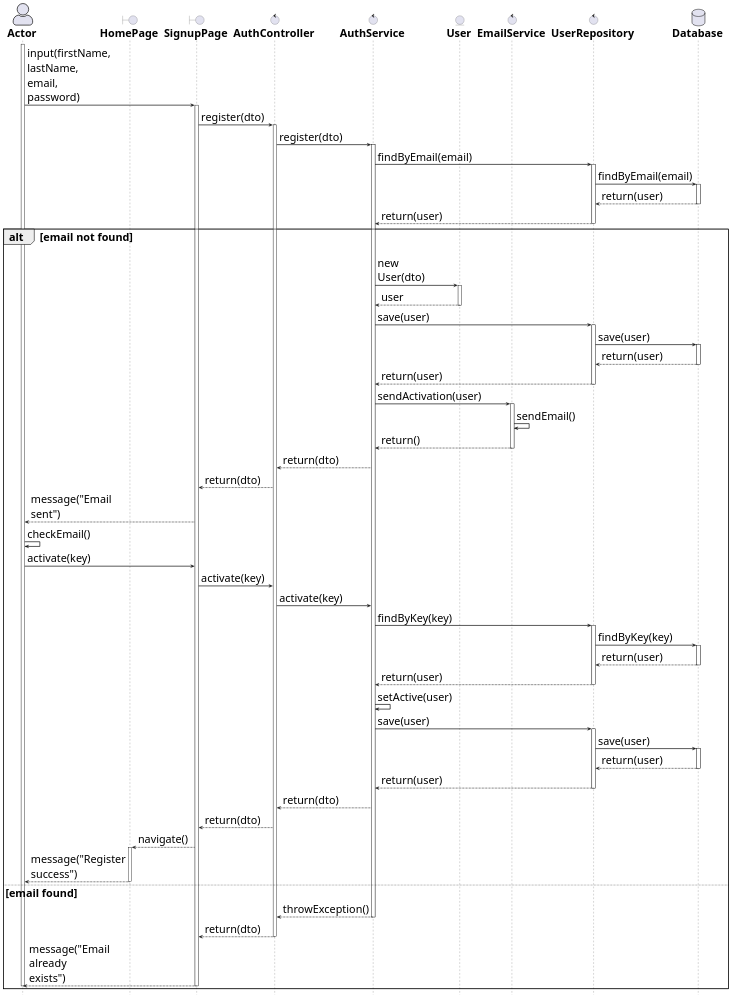
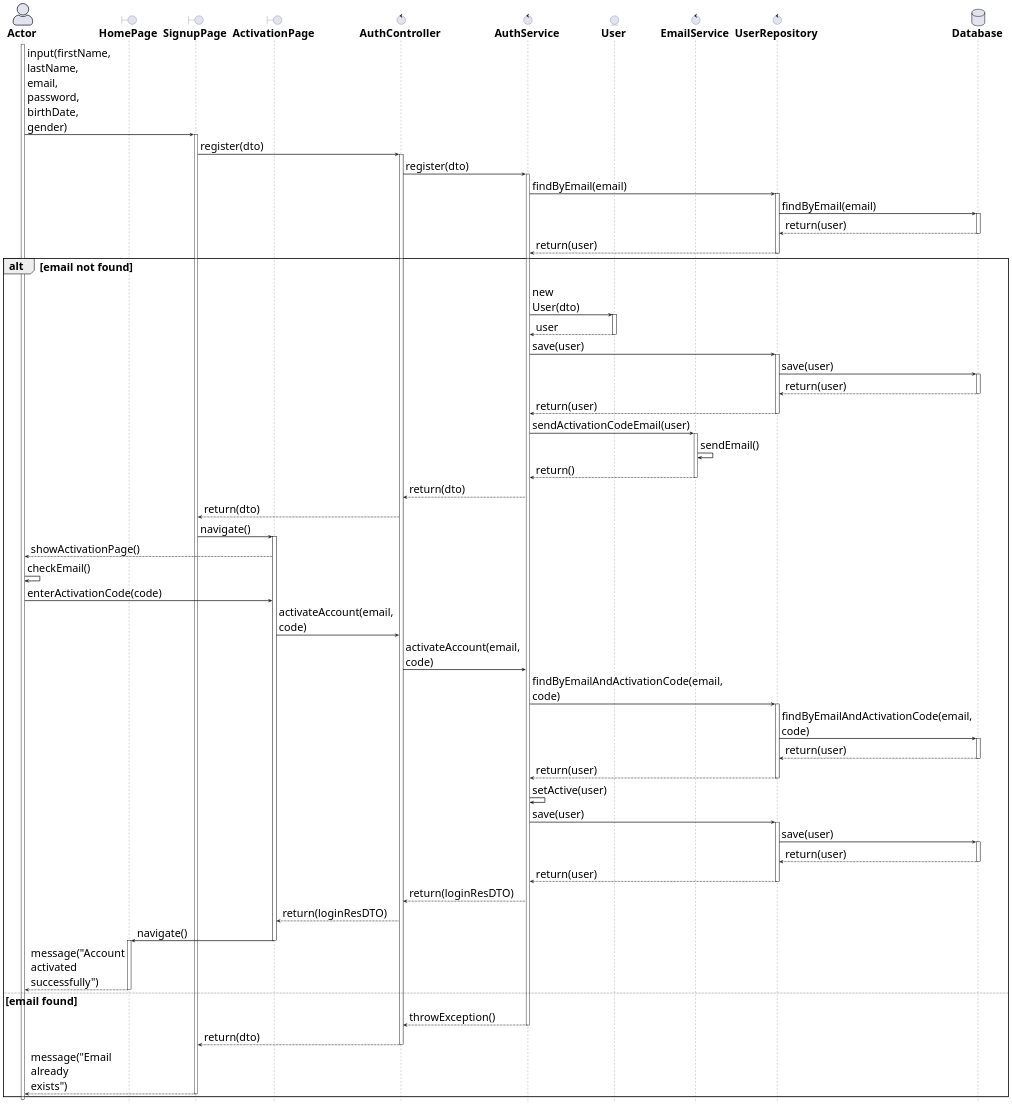
One commit to phuquy-28/clothing-store-spring changed the diagram in docs/sequence-diagram/register.pu. Above: the diagram before and after it, drawn with PlantUML. The commit also changed 1 other file, not shown here.

Commit message:
chore(auth): refactor password recovery and registration sequence diagrams; update flow to include verification code handling and activation code input

```diff
--- a/docs/sequence-diagram/register.pu
+++ b/docs/sequence-diagram/register.pu
@@ -1,126 +1,131 @@
-@startuml
+@startuml register
 
 ' General configuration
 skinparam defaultFontSize 30
 skinparam maxMessageSize 10
 
 ' Actor style configuration
 skinparam actorStyle awesome
 
 ' Arrow and border thickness configuration
 skinparam {
     ArrowThickness 2
     ParticipantBorderThickness 2
     ActorBorderThickness 2
     LifeLineBorderThickness 2
     ActivationBorderThickness 2
 }
 
 ' Life line color configuration
 skinparam LifeLineBorderColor black
 
 ' Font style configuration for components
 skinparam {
     actorFontStyle bold
     boundaryFontStyle bold
     controlFontStyle bold
     entityFontStyle bold
     databaseFontStyle bold
 }
 
 ' Define components
 actor "Actor" as actor
 boundary "HomePage" as homePage
 boundary "SignupPage" as signupPage
+boundary "ActivationPage" as activationPage
 control "AuthController" as controller
 control "AuthService" as service
 entity "User" as user
 control "EmailService" as emailService
 control "UserRepository" as repo
 database "Database" as db
 
 ' Start processing flow
 activate actor
-actor -> signupPage: input(firstName, lastName, email, password)
+actor -> signupPage: input(firstName, lastName, email, password, birthDate, gender)
 activate signupPage
-
 signupPage -> controller: register(dto)
 activate controller
 
 controller -> service: register(dto)
 activate service
 
 service -> repo: findByEmail(email)
 activate repo
 repo -> db: findByEmail(email)
 activate db
 db --> repo: return(user)
 deactivate db
 repo --> service: return(user)
 deactivate repo
 
 alt email not found
     service -> user: new User(dto)
     activate user
     user --> service: user
     deactivate user
-    
+
     service -> repo: save(user)
     activate repo
     repo -> db: save(user)
     activate db
     db --> repo: return(user)
     deactivate db
     repo --> service: return(user)
     deactivate repo
-    
-    service -> emailService: sendActivation(user)
+
+    service -> emailService: sendActivationCodeEmail(user)
     activate emailService
     emailService -> emailService: sendEmail()
     emailService --> service: return()
     deactivate emailService
-    
+
     service --> controller: return(dto)
     controller --> signupPage: return(dto)
-    signupPage --> actor: message("Email sent")
-    
+    signupPage -> activationPage: navigate()
+    activate activationPage
+    activationPage --> actor: showActivationPage()
+
     actor -> actor: checkEmail()
-    actor -> signupPage: activate(key)
-    signupPage -> controller: activate(key)
-    controller -> service: activate(key)
-    service -> repo: findByKey(key)
+    actor -> activationPage: enterActivationCode(code)
+    activationPage -> controller: activateAccount(email, code)
+    controller -> service: activateAccount(email, code)
+
+    service -> repo: findByEmailAndActivationCode(email, code)
     activate repo
-    repo -> db: findByKey(key)
+    repo -> db: findByEmailAndActivationCode(email, code)
     activate db
     db --> repo: return(user)
     deactivate db
     repo --> service: return(user)
     deactivate repo
+
     service -> service: setActive(user)
     service -> repo: save(user)
     activate repo
     repo -> db: save(user)
     activate db
     db --> repo: return(user)
     deactivate db
     repo --> service: return(user)
     deactivate repo
-    service --> controller: return(dto)
-    controller --> signupPage: return(dto)
-    signupPage --> homePage: navigate()
+
+    service --> controller: return(loginResDTO)
+    controller --> activationPage: return(loginResDTO)
+
+    activationPage -> homePage: navigate()
+    deactivate activationPage
     activate homePage
-    homePage --> actor: message("Register success")
+    homePage --> actor: message("Account activated successfully")
     deactivate homePage
 else email found
     service --> controller: throwException()
     deactivate service
     controller --> signupPage: return(dto)
     deactivate controller
     signupPage --> actor: message("Email already exists")
     deactivate signupPage
-    deactivate actor
 end
 
-
 hide footbox
-@enduml 
+@enduml
```
